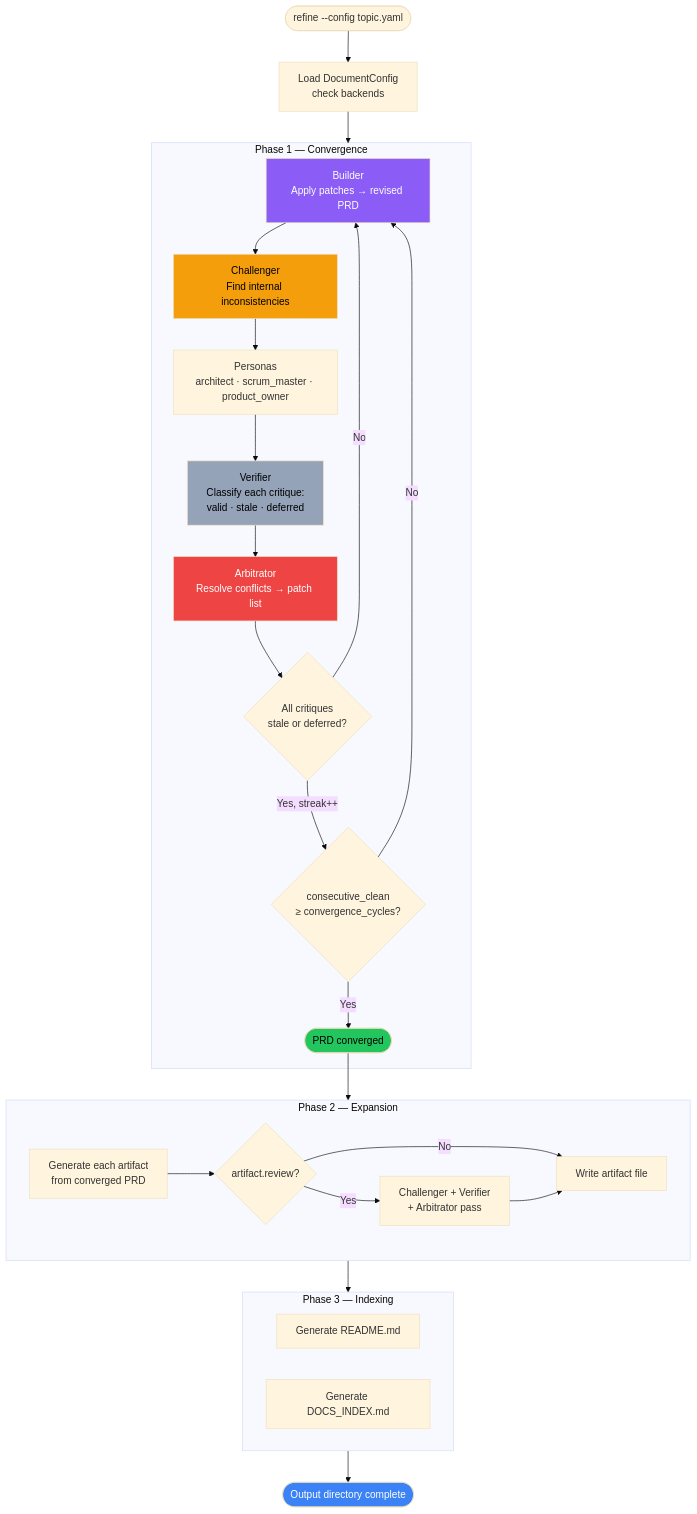
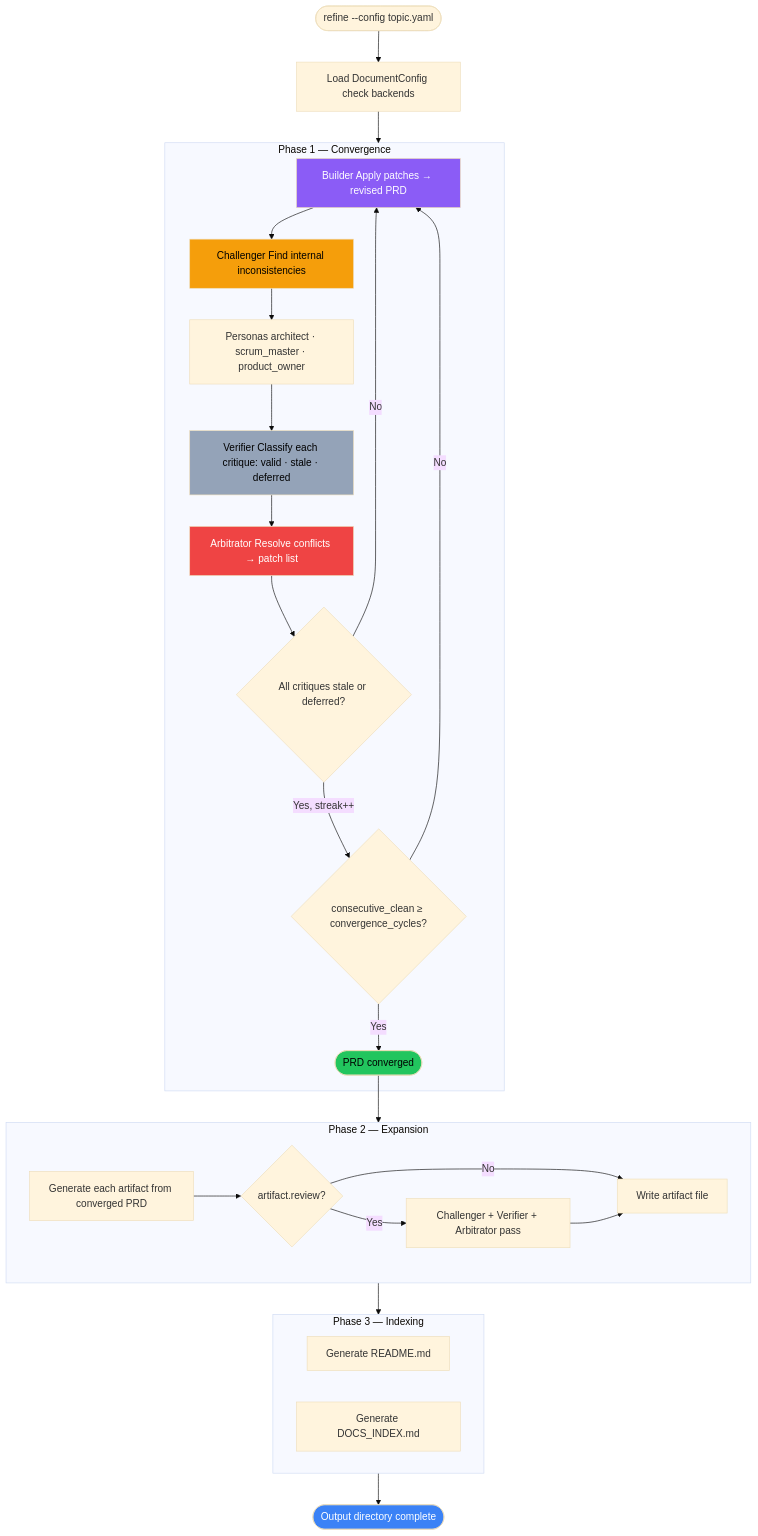
Before and after one commit to josefigueredo/multillm-adversarial-convergence: the diagram in docs/refine.md, drawn with Mermaid (base theme). The commit also changed 1 other file, not shown here.

Commit message:
Mermaid fixes

````diff
--- a/docs/refine.md
+++ b/docs/refine.md
@@ -55,44 +55,44 @@
 ```mermaid
 flowchart TD
-    START([refine --config topic.yaml]) --> INIT[Load DocumentConfig\ncheck backends]
+    START([refine --config topic.yaml]) --> INIT[Load DocumentConfig check backends]
     INIT --> P1
 
     subgraph P1 ["Phase 1 — Convergence"]
-        BUILDER[Builder\nApply patches → revised PRD]
-        BUILDER --> CHALLENGER[Challenger\nFind internal inconsistencies]
-        CHALLENGER --> PERSONAS[Personas\narchitect · scrum_master · product_owner]
-        PERSONAS --> VERIFIER[Verifier\nClassify each critique:\nvalid · stale · deferred]
-        VERIFIER --> ARBITRATOR[Arbitrator\nResolve conflicts → patch list]
-        ARBITRATOR --> CLEAN{All critiques\nstale or deferred?}
+        BUILDER[Builder Apply patches → revised PRD]
+        BUILDER --> CHALLENGER[Challenger Find internal inconsistencies]
+        CHALLENGER --> PERSONAS[Personas architect · scrum_master · product_owner]
+        PERSONAS --> VERIFIER[Verifier Classify each critique: valid · stale · deferred]
+        VERIFIER --> ARBITRATOR[Arbitrator Resolve conflicts → patch list]
+        ARBITRATOR --> CLEAN{All critiques stale or deferred?}
         CLEAN -->|No| BUILDER
-        CLEAN -->|Yes, streak++| STREAK{consecutive_clean\n≥ convergence_cycles?}
+        CLEAN -->|Yes, streak++| STREAK{consecutive_clean ≥ convergence_cycles?}
         STREAK -->|No| BUILDER
         STREAK -->|Yes| CONVERGED([PRD converged])
     end
 
     CONVERGED --> P2
 
     subgraph P2 ["Phase 2 — Expansion"]
-        GEN[Generate each artifact\nfrom converged PRD]
+        GEN[Generate each artifact from converged PRD]
         GEN --> REV{artifact.review?}
-        REV -->|Yes| ARTREV[Challenger + Verifier\n+ Arbitrator pass]
+        REV -->|Yes| ARTREV[Challenger + Verifier + Arbitrator pass]
         REV -->|No| WRITE[Write artifact file]
         ARTREV --> WRITE
     end
 
     P2 --> P3
 
     subgraph P3 ["Phase 3 — Indexing"]
         README[Generate README.md]
         DOCSIDX[Generate DOCS_INDEX.md]
     end
 
     P3 --> DONE([Output directory complete])
 
     style CONVERGED fill:#22c55e,color:#000
     style DONE fill:#3b82f6,color:#fff
     style BUILDER fill:#8b5cf6,color:#fff
     style CHALLENGER fill:#f59e0b,color:#000
     style VERIFIER fill:#94a3b8,color:#000
     style ARBITRATOR fill:#ef4444,color:#fff
 ```
````
